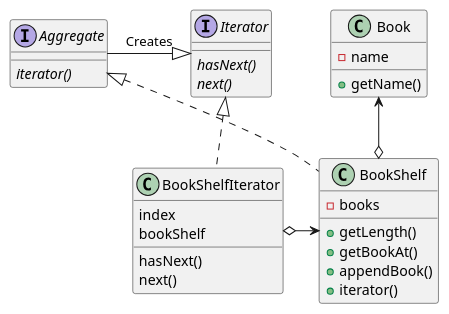
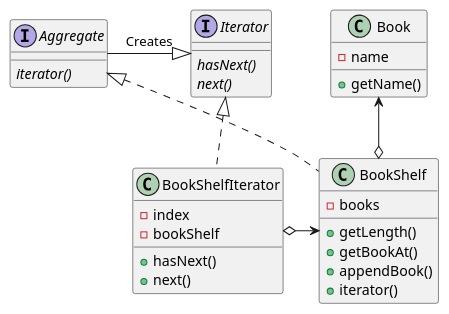
The diagram in src/chap01_Iterator/ClassDiagram.puml (ssss-yajima/design-pattern-java), drawn with PlantUML before and after one commit.

Commit message:
Chapter 01 Iterator add UML

```diff
--- a/src/chap01_Iterator/ClassDiagram.puml
+++ b/src/chap01_Iterator/ClassDiagram.puml
@@ -1,35 +1,35 @@
 @startuml
 
 class Book{
     -name
     +getName()
 }
 class BookShelf{
     -books
     +getLength()
     +getBookAt()
     +appendBook()
     +iterator()
 }
 class BookShelfIterator{
-index
-bookShelf
-hasNext()
-next()
+    -index
+    -bookShelf
+    +hasNext()
+    +next()
 }
 
 interface Iterator{
 {abstract}hasNext()
 {abstract}next()
 }
 interface Aggregate{
 {abstract}iterator()
 }
 
 Iterator <|-l- Aggregate : Creates
 Iterator <|.. BookShelfIterator
 Aggregate <|.. BookShelf
 BookShelf <-l-o BookShelfIterator
 Book <-d-o BookShelf
 
 @enduml
```
